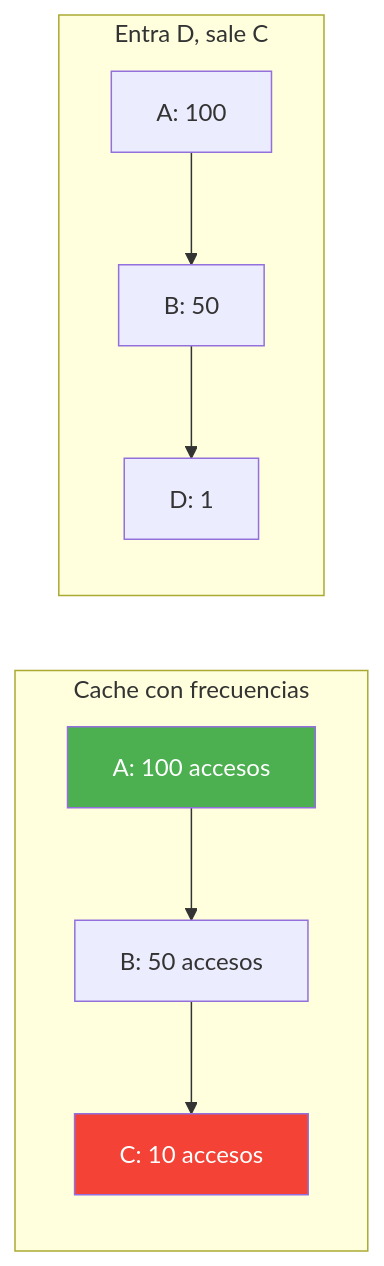
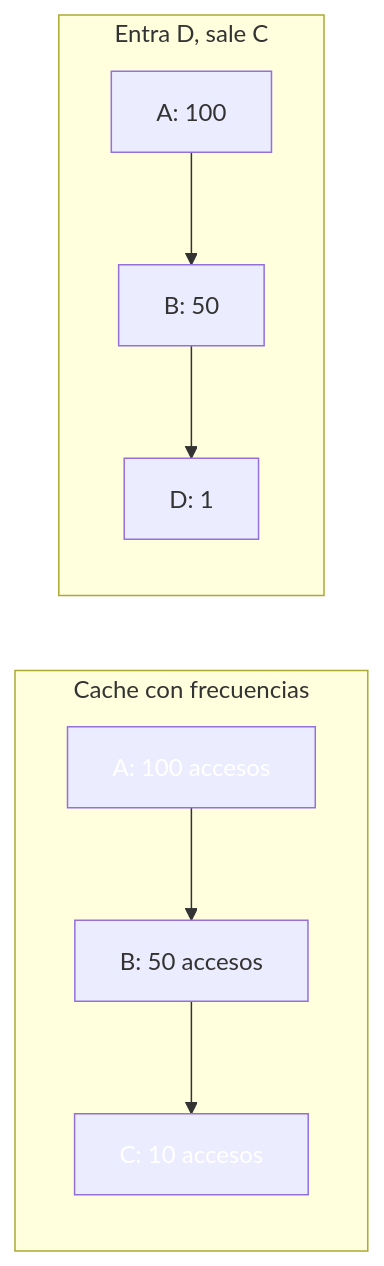
The seventh of 17 diagrams in 14-cache-redis.md (joseluisgs/DesarrolloWebEntornosServidor-02-2026-2027), drawn with Mermaid before and after one commit. The commit also changed other lines of this file and 41 other files, not shown here.

````diff
--- a/14-cache-redis.md
+++ b/14-cache-redis.md
@@ -247,13 +247,13 @@
 ```mermaid
 flowchart LR
     subgraph "Cache con frecuencias"
         A["A: 100 accesos"] --> B["B: 50 accesos"]
         B --> C["C: 10 accesos"]
     end
     subgraph "Entra D, sale C"
         A2["A: 100"] --> B2["B: 50"]
         B2 --> D2["D: 1"]
     end
-    style A fill:#4CAF50,color:#fff
-    style C fill:#F44336,color:#fff
+    style A fill:#4CAF5,color:#fff0,color:#fff
+    style C fill:#F4433,color:#fff6,color:#fff
 ```
````
